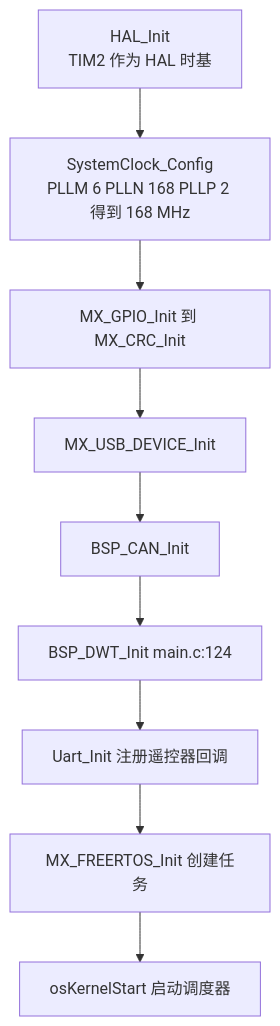
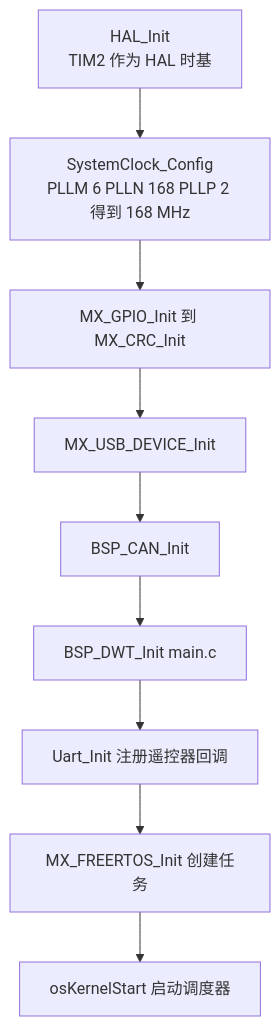
Before and after one commit to TC635807/TC63PersonalWebsite: the third of 3 diagrams in docs/02-STM32 与 HAL/04-DWT计时与在线观测/01-DWT与CYCCNT.md, drawn with Mermaid. The commit also changed other lines of this file and 563 other files, not shown here.

````diff
--- a/docs/02-STM32 与 HAL/04-DWT计时与在线观测/01-DWT与CYCCNT.md
+++ b/docs/02-STM32 与 HAL/04-DWT计时与在线观测/01-DWT与CYCCNT.md
@@ -104,11 +104,11 @@
 ```mermaid
 flowchart TD
   A["HAL_Init<br/>TIM2 作为 HAL 时基"] --> B["SystemClock_Config<br/>PLLM 6 PLLN 168 PLLP 2 得到 168 MHz"]
   B --> C["MX_GPIO_Init 到 MX_CRC_Init"]
   C --> D["MX_USB_DEVICE_Init"]
   D --> E["BSP_CAN_Init"]
-  E --> F["BSP_DWT_Init main.c:124"]
+  E --> F["BSP_DWT_Init main.c"]
   F --> G["Uart_Init 注册遥控器回调"]
   G --> H["MX_FREERTOS_Init 创建任务"]
   H --> I["osKernelStart 启动调度器"]
 ```
````
